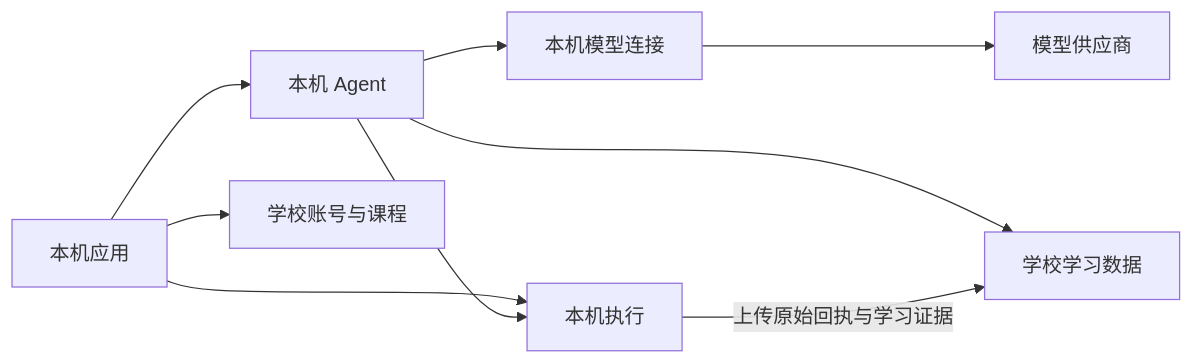
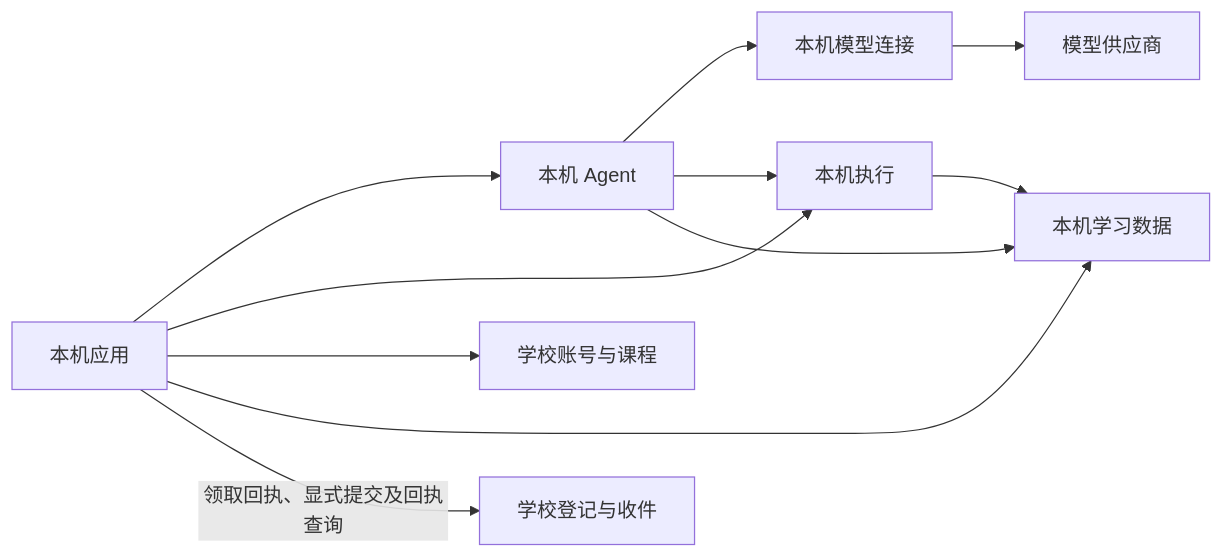
Before and after one commit to paher-din/XunJie: the diagram in docs/deployment.md, drawn with Mermaid. The commit also changed other lines of this file and 57 other files, not shown here.

````diff
--- a/docs/deployment.md
+++ b/docs/deployment.md
@@ -19,11 +19,13 @@
 ```mermaid
 flowchart LR
   UI[本机应用] --> Agent[本机 Agent]
   Agent --> Model[本机模型连接]
   Model --> Provider[模型供应商]
   UI --> Execution[本机执行]
   Agent --> Execution
   UI --> School[学校账号与课程]
-  Agent --> Data[学校学习数据]
-  Execution -->|上传原始回执与学习证据| Data
+  UI --> Data[本机学习数据]
+  Agent --> Data
+  Execution --> Data
+  UI -->|领取回执、显式提交及回执查询| Delivery[学校登记与收件]
 ```
````
